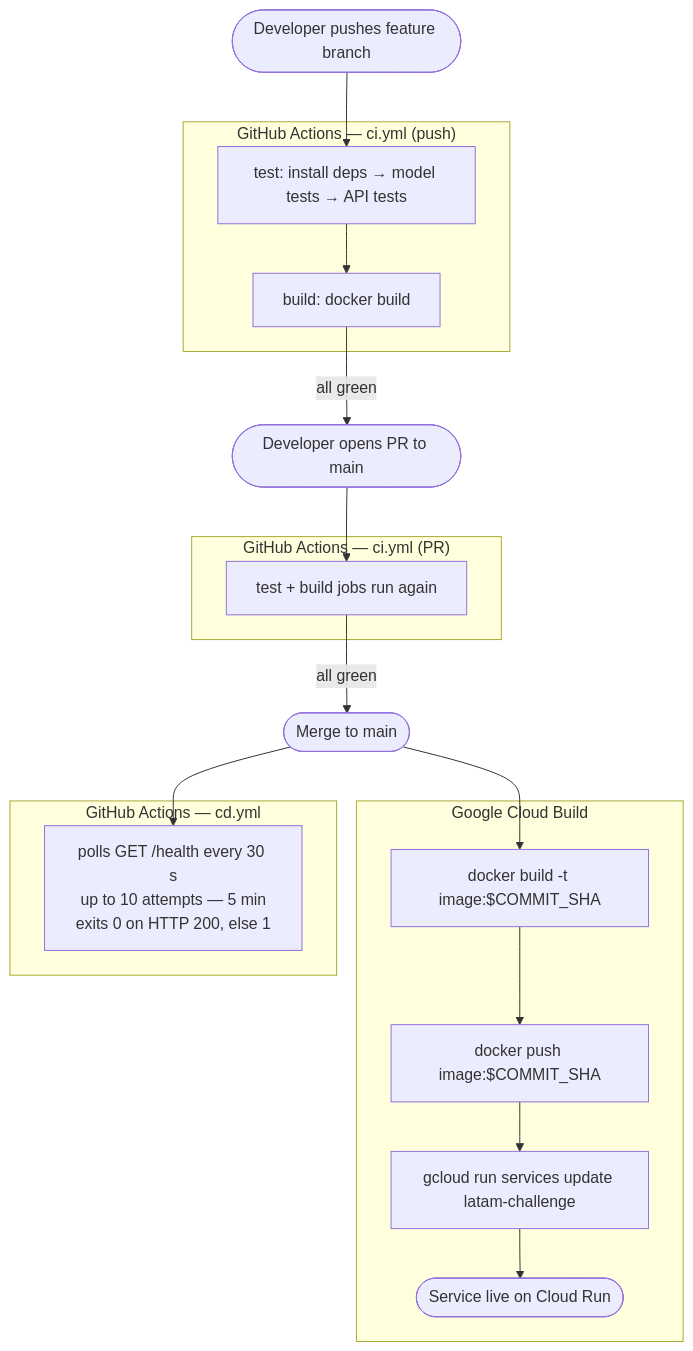
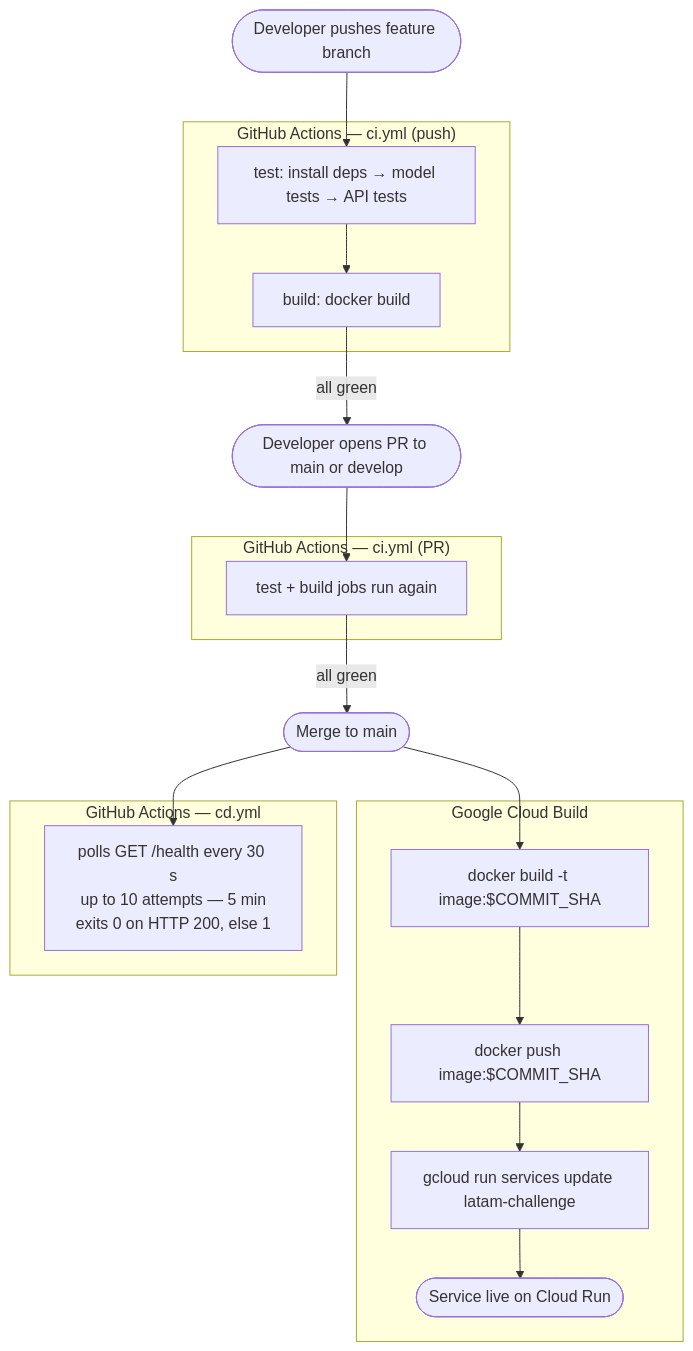
The diagram in docs/architecture.md (martinsoko/latam_challenge), drawn with Mermaid before and after one commit. The commit also changed other lines of this file, not shown here.

````diff
--- a/docs/architecture.md
+++ b/docs/architecture.md
@@ -200,30 +200,30 @@
 ```mermaid
 flowchart TD
     A([Developer pushes feature branch]) --> test1
 
     subgraph CI_PUSH["GitHub Actions — ci.yml (push)"]
         test1["test: install deps → model tests → API tests"] --> build1["build: docker build"]
     end
 
-    build1 -->|all green| PR([Developer opens PR to main])
+    build1 -->|all green| PR([Developer opens PR to main or develop])
     PR --> test2
 
     subgraph CI_PR["GitHub Actions — ci.yml (PR)"]
         test2["test + build jobs run again"]
     end
 
     test2 -->|all green| MERGE([Merge to main])
 
     MERGE --> gcb_step1
     MERGE --> health_poll
 
     subgraph GCB["Google Cloud Build"]
         gcb_step1["docker build -t image:$COMMIT_SHA"] --> gcb_step2["docker push image:$COMMIT_SHA"]
         gcb_step2 --> gcb_step3["gcloud run services update latam-challenge"]
         gcb_step3 --> LIVE([Service live on Cloud Run])
     end
 
     subgraph CD["GitHub Actions — cd.yml"]
         health_poll["polls GET /health every 30 s\nup to 10 attempts — 5 min\nexits 0 on HTTP 200, else 1"]
     end
 ```
````
